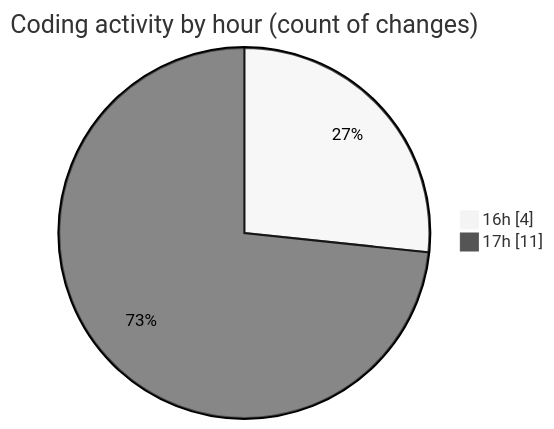
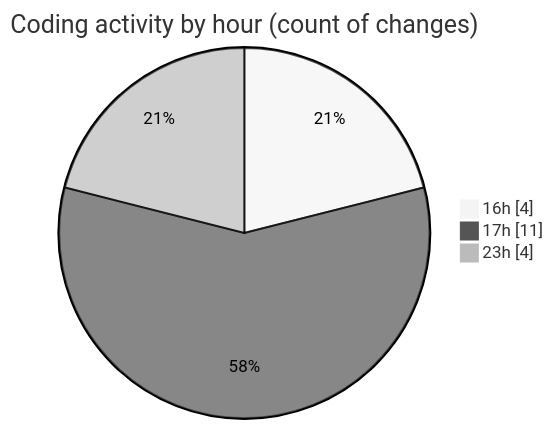
Before and after one commit to momahboobian/code-tracking: the second of 2 diagrams in 2026-04-13/cda/README.md, drawn with Mermaid (neutral theme). The commit also changed other lines of this file and 1 other file, not shown here.

````diff
--- a/2026-04-13/cda/README.md
+++ b/2026-04-13/cda/README.md
@@ -34,6 +39,7 @@
 ```mermaid
 pie showData
 title Coding activity by hour (count of changes)
 "16h" : 4
 "17h" : 11
+"23h" : 4
 ```
````
